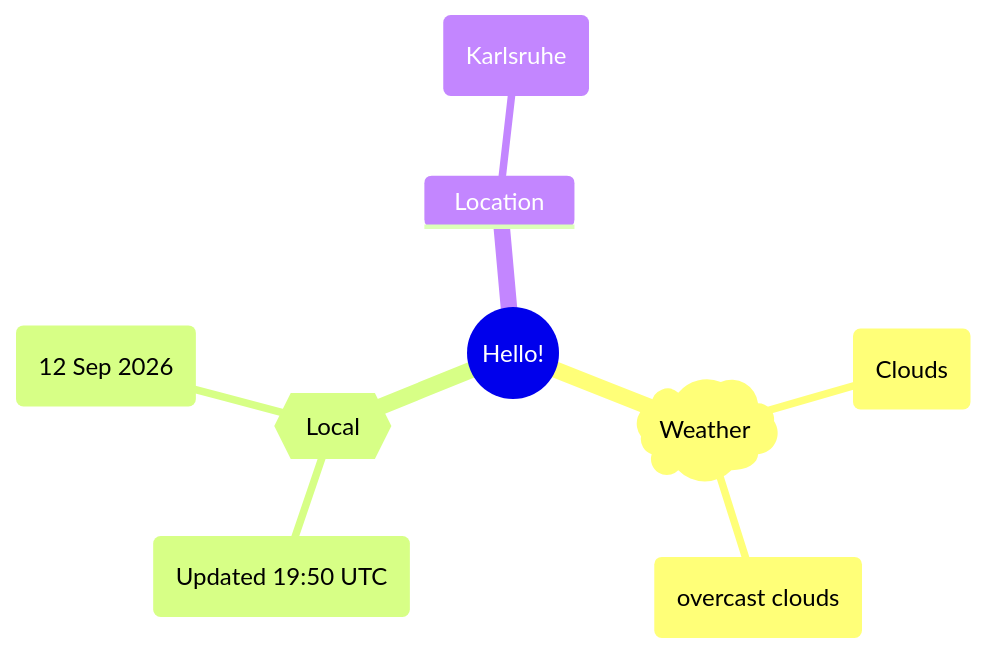
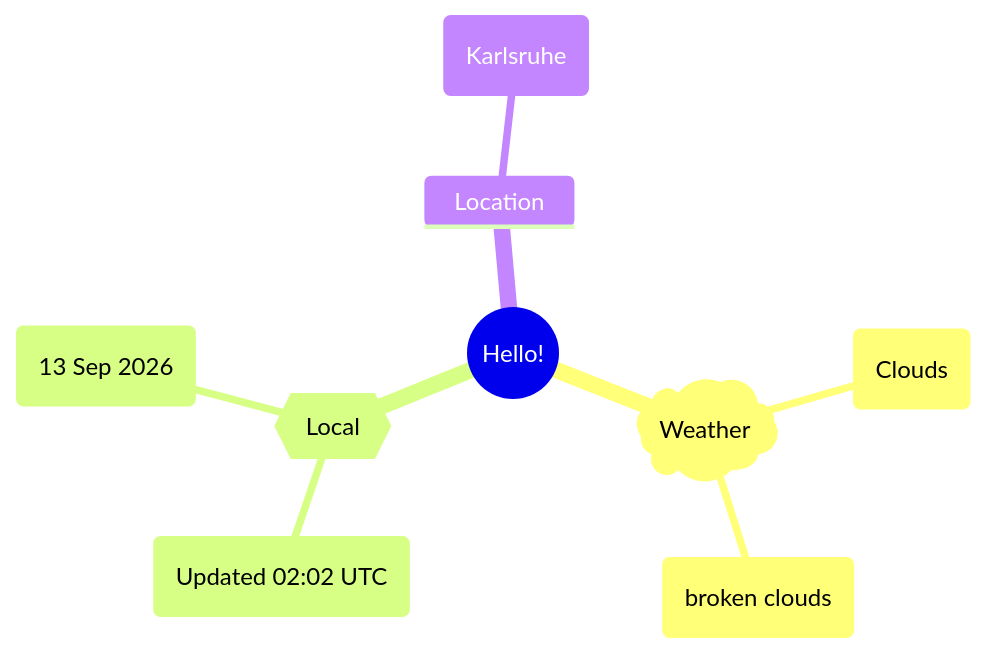
One commit to Xosrov/Xosrov changed the first of 2 diagrams in README.md. Above: the diagram before and after it, drawn with Mermaid.

Commit message:
[bot] updated images

````diff
--- a/README.md
+++ b/README.md
@@ -3,12 +3,12 @@
 ```mermaid
 mindmap
   root((Hello!))
     )Weather(
         (Clouds)
-        (overcast clouds)
+        (broken clouds)
     {{Local}}
-        (Updated 19:50 UTC)
-        (12 Sep 2026)
+        (Updated 02:02 UTC)
+        (13 Sep 2026)
     Location
         (Karlsruhe)
 ```
````
